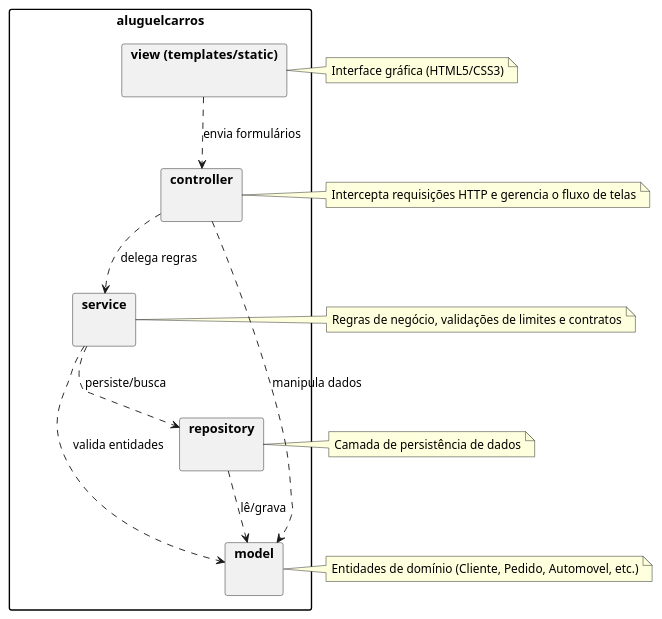
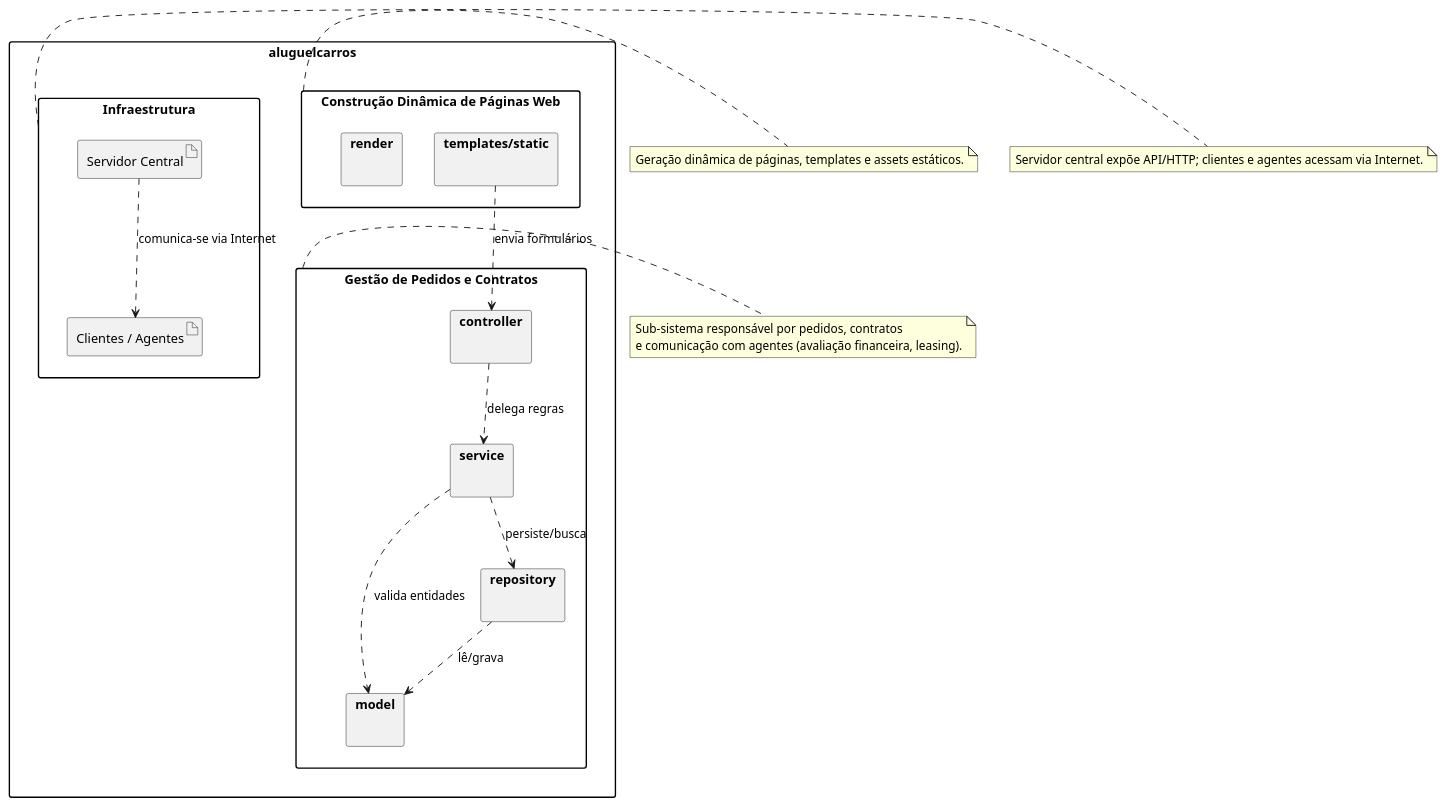
The diagram in docs/diagramas/diagrama-de-pacotes.puml (najarhenrique/lab02-sistema-de-aluguel-de-carros), drawn with PlantUML before and after one commit. The commit also changed 1 other file, not shown here.

Commit message:
docs: atualizar diagrama de pacotes para refletir subsistemas e infraestrutura

```diff
--- a/docs/diagramas/diagrama-de-pacotes.puml
+++ b/docs/diagramas/diagrama-de-pacotes.puml
@@ -1,36 +1,47 @@
 @startuml diagrama-pacotes
+allowmixing
 skinparam packageStyle rect
 
 package "aluguelcarros" {
 
-  package "controller" as controller {
+  package "Gestão de Pedidos e Contratos" as gestao {
+    package "controller" as gestao_controller {}
+    package "service" as gestao_service {}
+    package "model" as gestao_model {}
+    package "repository" as gestao_repository {}
   }
 
-  package "service" as service {
+  package "Construção Dinâmica de Páginas Web" as web {
+    package "templates/static" as web_templates {}
+    package "render" as web_render {}
   }
 
-  package "model" as model {
-  }
-
-  package "repository" as repository {
-  }
-
-  package "view (templates/static)" as view {
+  package "Infraestrutura" as infra {
+    artifact "Servidor Central" as servidor
+    artifact "Clientes / Agentes" as clientes
   }
 
 }
 
-note right of controller: Intercepta requisições HTTP e gerencia o fluxo de telas
-note right of service: Regras de negócio, validações de limites e contratos
-note right of model: Entidades de domínio (Cliente, Pedido, Automovel, etc.)
-note right of repository: Camada de persistência de dados
-note right of view: Interface gráfica (HTML5/CSS3)
+note right of gestao
+  Sub-sistema responsável por pedidos, contratos
+  e comunicação com agentes (avaliação financeira, leasing).
+end note
 
-view ..> controller : envia formulários
-controller ..> service : delega regras
-controller ..> model : manipula dados
-service ..> repository : persiste/busca
-service ..> model : valida entidades
-repository ..> model : lê/grava
+note right of web
+  Geração dinâmica de páginas, templates e assets estáticos.
+end note
+
+note right of infra
+  Servidor central expõe API/HTTP; clientes e agentes acessam via Internet.
+end note
+
+web_templates ..> gestao_controller : envia formulários
+gestao_controller ..> gestao_service : delega regras
+gestao_service ..> gestao_repository : persiste/busca
+gestao_service ..> gestao_model : valida entidades
+gestao_repository ..> gestao_model : lê/grava
+
+servidor ..> clientes : comunica-se via Internet
 
 @enduml
```
